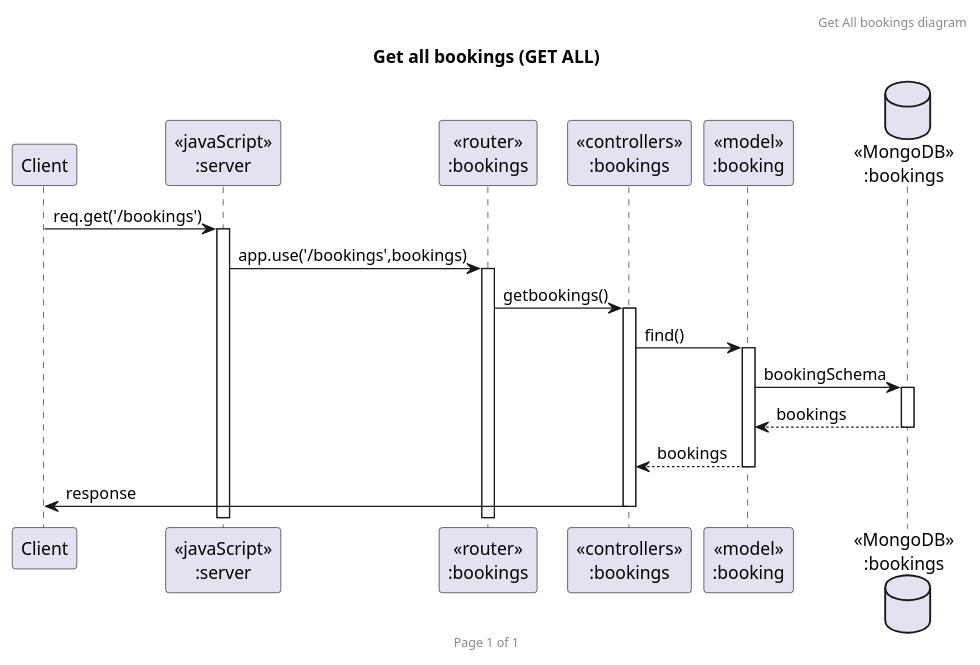
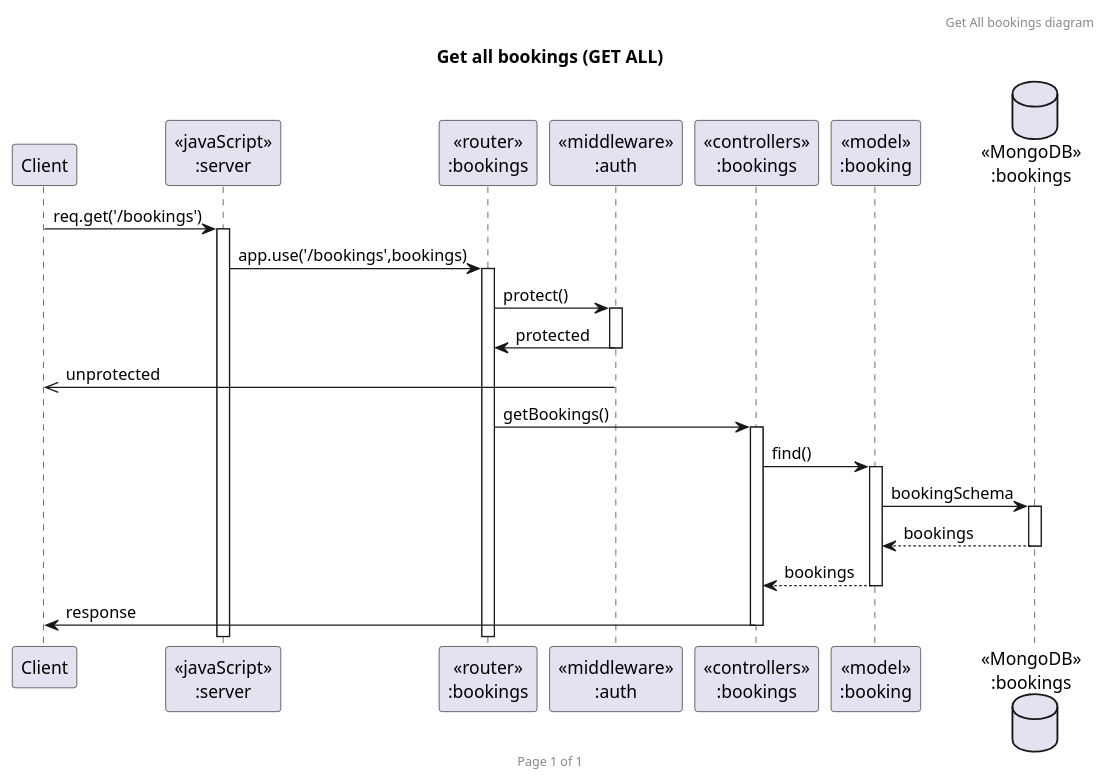
The diagram in Puml/getAllBooking.puml (2110503TACEDT66/presentation-day-1-samrongsquad), drawn with PlantUML before and after one commit. The commit also changed 9 other files, not shown here.

```diff
--- a/Puml/getAllBooking.puml
+++ b/Puml/getAllBooking.puml
@@ -1,23 +1,27 @@
 @startuml Get all bookings (GET ALL)
 
 header Get All bookings diagram
 footer Page %page% of %lastpage%
 title "Get all bookings (GET ALL)"
 
 participant "Client" as client
 participant "<<javaScript>>\n:server" as server
 participant "<<router>>\n:bookings" as routerbookings
+participant "<<middleware>>\n:auth" as middlewareAuth
 participant "<<controllers>>\n:bookings" as controllersbookings
 participant "<<model>>\n:booking" as modelbooking
 database "<<MongoDB>>\n:bookings" as bookingsDatabase
 
 client->server ++:req.get('/bookings')
 server->routerbookings ++:app.use('/bookings',bookings)
-routerbookings -> controllersbookings ++:getbookings()
+routerbookings->middlewareAuth ++: protect()
+middlewareAuth->routerbookings --: protected
+middlewareAuth ->> client --: unprotected
+routerbookings -> controllersbookings ++:getBookings()
 controllersbookings->modelbooking ++:find()
 modelbooking ->bookingsDatabase ++: bookingSchema
 bookingsDatabase --> modelbooking --: bookings
 controllersbookings <-- modelbooking --:bookings
 controllersbookings->client --:response
 
 @enduml
```
